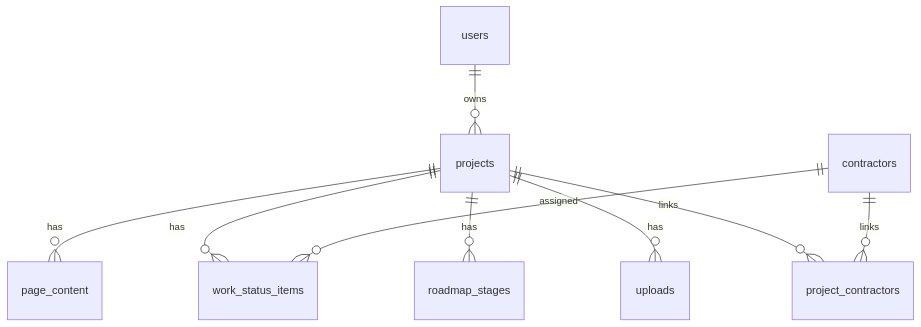
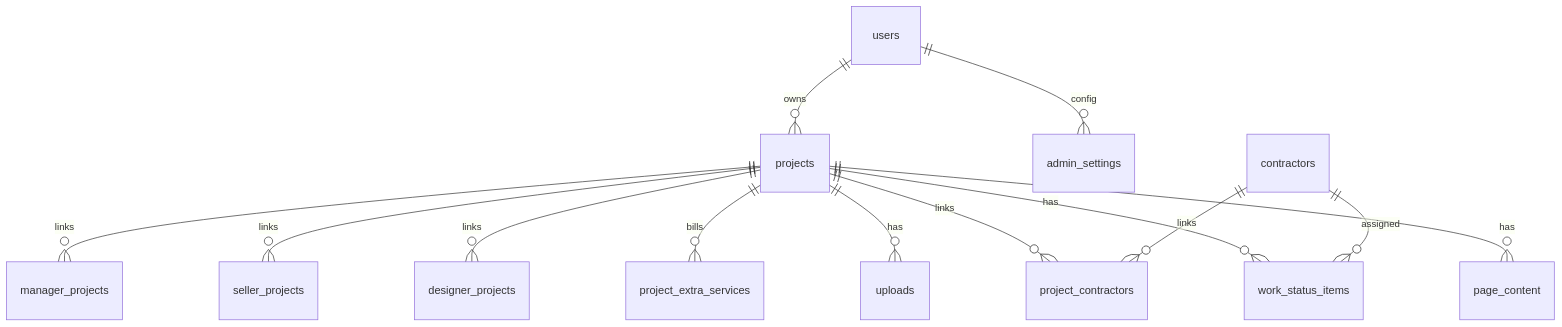
Before and after one commit to s6d3g9/dariakulchikhina: the diagram in docs/architecture/04-data-architecture.md, drawn with Mermaid. The commit also changed other lines of this file and 41 other files, not shown here.

````diff
--- a/docs/architecture/04-data-architecture.md
+++ b/docs/architecture/04-data-architecture.md
@@ -70,11 +98,15 @@
 ```mermaid
 erDiagram
   users ||--o{ projects : owns
+  users ||--o{ admin_settings : config
   projects ||--o{ page_content : has
   projects ||--o{ work_status_items : has
-  projects ||--o{ roadmap_stages : has
   projects ||--o{ uploads : has
   projects ||--o{ project_contractors : links
+  projects ||--o{ project_extra_services : bills
+  projects ||--o{ designer_projects : links
+  projects ||--o{ seller_projects : links
+  projects ||--o{ manager_projects : links
   contractors ||--o{ project_contractors : links
   contractors ||--o{ work_status_items : assigned
 ```
````
